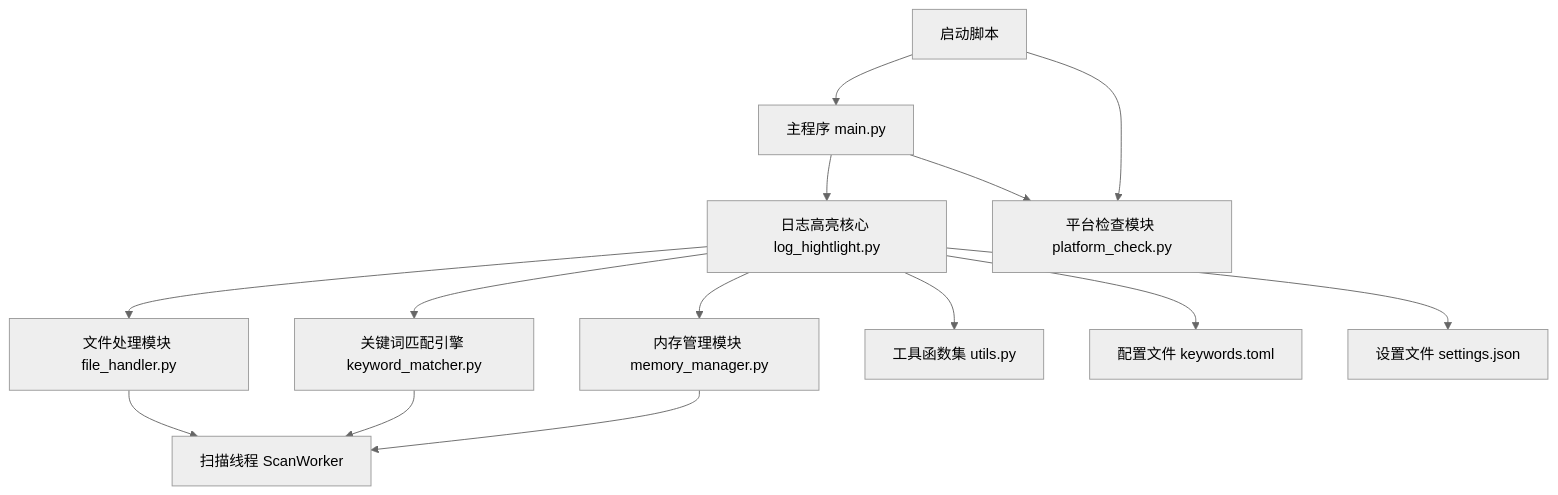
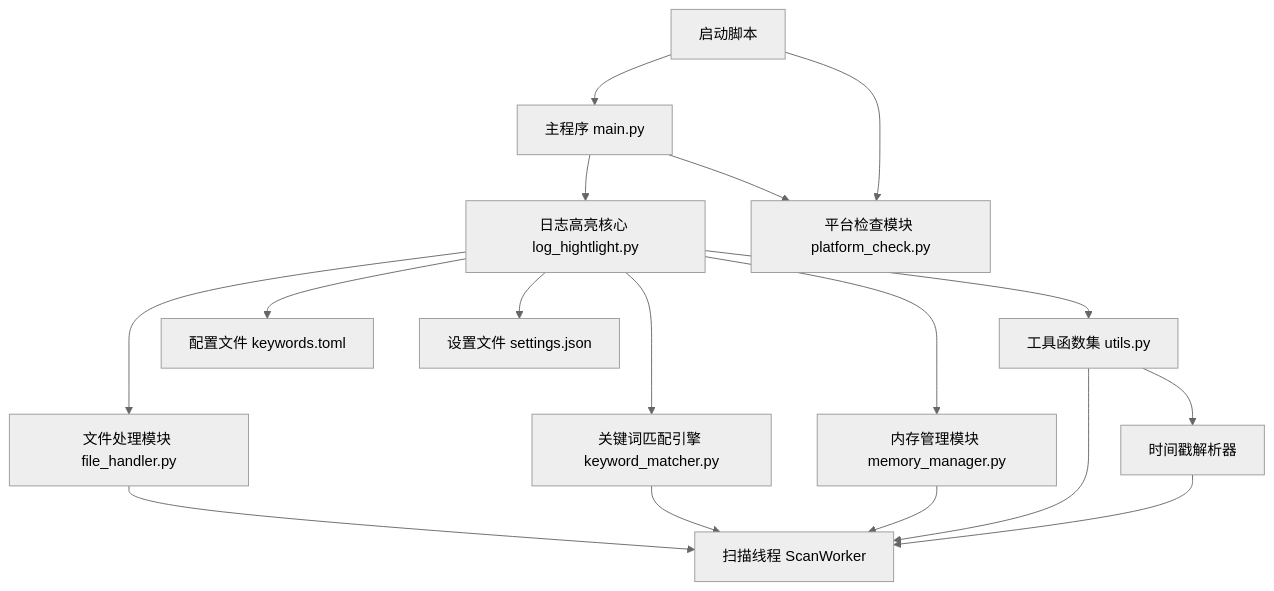
Before and after one commit to ashllll/log_hightlight: the first of 5 diagrams in architecture_and_flowchart.md, drawn with Mermaid (neutral theme). The commit also changed other lines of this file, not shown here.

Commit message:
更新architecture_and_flowchart.md，增强时间戳处理功能文档

````diff
--- a/architecture_and_flowchart.md
+++ b/architecture_and_flowchart.md
@@ -53,18 +54,22 @@
 ```mermaid
 graph TD
     A[主程序 main.py] --> B[日志高亮核心 log_hightlight.py]
     B --> C[关键词匹配引擎 keyword_matcher.py]
     B --> D[文件处理模块 file_handler.py]
     B --> E[内存管理模块 memory_manager.py]
     B --> F[工具函数集 utils.py]
     A --> G[平台检查模块 platform_check.py]
     B --> H[配置文件 keywords.toml]
     B --> I[设置文件 settings.json]
     
     J[启动脚本] --> A
     J --> G
     
     D --> K[扫描线程 ScanWorker]
     C --> K
     E --> K
+    F --> K
+    
+    F --> Z[时间戳解析器]
+    Z --> K
 ```
````
